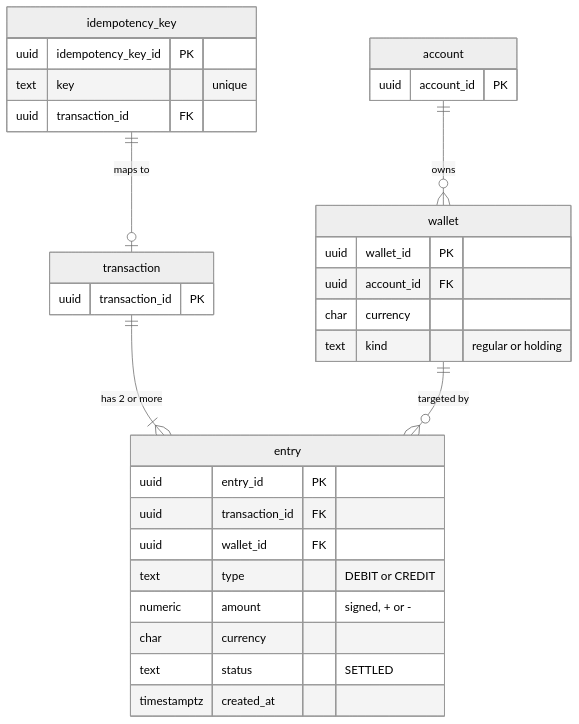
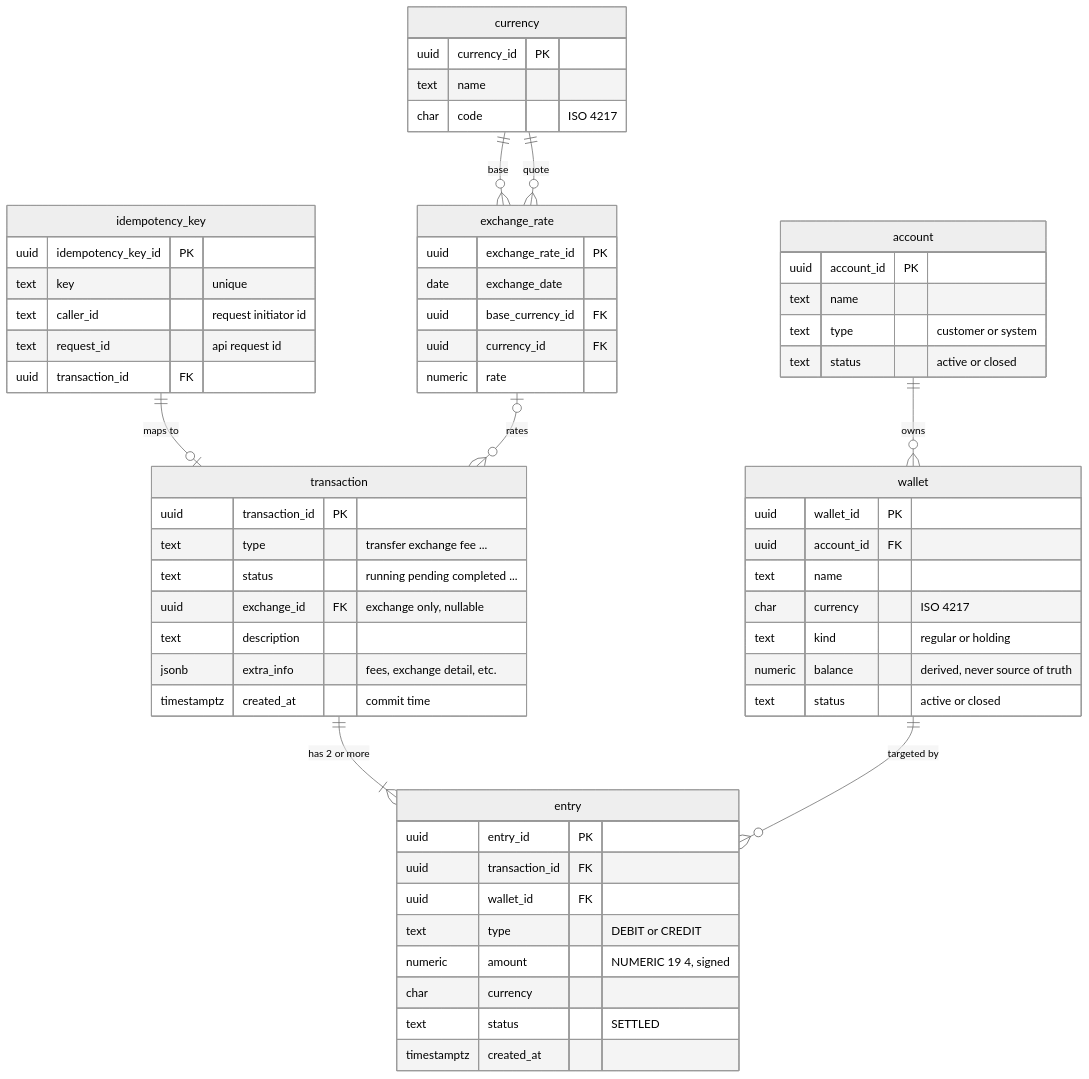
One commit to buiductri/vietpay_assessment changed the diagram in docs/ERD.md. Above: the diagram before and after it, drawn with Mermaid (neutral theme). The commit also changed other lines of this file and 2 other files, not shown here.

Commit message:
ERD - Expand for business mapping

````diff
--- a/docs/ERD.md
+++ b/docs/ERD.md
@@ -20,35 +27,64 @@
 ```mermaid
 erDiagram
-  account          ||--o{ wallet      : "owns"
-  transaction      ||--|{ entry       : "has 2 or more"
-  wallet           ||--o{ entry       : "targeted by"
-  idempotency_key  ||--o| transaction : "maps to"
+  account          ||--o{ wallet        : "owns"
+  transaction      ||--|{ entry         : "has 2 or more"
+  wallet           ||--o{ entry         : "targeted by"
+  idempotency_key  ||--o| transaction   : "maps to"
+  exchange_rate    |o--o{ transaction   : "rates"
+  currency         ||--o{ exchange_rate : "base"
+  currency         ||--o{ exchange_rate : "quote"
 
   account {
-    uuid account_id PK
+    uuid        account_id  PK
+    text        name
+    text        type        "customer or system"
+    text        status      "active or closed"
   }
   wallet {
-    uuid wallet_id   PK
-    uuid account_id  FK
-    char currency
-    text kind "regular or holding"
+    uuid        wallet_id   PK
+    uuid        account_id  FK
+    text        name
+    char        currency    "ISO 4217"
+    text        kind        "regular or holding"
+    numeric     balance     "derived, never source of truth"
+    text        status      "active or closed"
   }
   transaction {
-    uuid transaction_id PK
+    uuid        transaction_id PK
+    text        type           "transfer exchange fee ..."
+    text        status         "running pending completed ..."
+    uuid        exchange_id    FK "exchange only, nullable"
+    text        description
+    jsonb       extra_info     "fees, exchange detail, etc."
+    timestamptz created_at      "commit time"
   }
   entry {
     uuid        entry_id        PK
     uuid        transaction_id  FK
     uuid        wallet_id       FK
     text        type            "DEBIT or CREDIT"
-    numeric     amount          "signed, + or -"
+    numeric     amount          "NUMERIC 19 4, signed"
     char        currency
     text        status          "SETTLED"
     timestamptz created_at
   }
   idempotency_key {
-    uuid idempotency_key_id PK
-    text key                "unique"
-    uuid transaction_id     FK
+    uuid        idempotency_key_id PK
+    text        key                "unique"
+    text        caller_id          "request initiator id"
+    text        request_id         "api request id"
+    uuid        transaction_id     FK
+  }
+  exchange_rate {
+    uuid        exchange_rate_id  PK
+    date        exchange_date
+    uuid        base_currency_id  FK
+    uuid        currency_id       FK
+    numeric     rate
+  }
+  currency {
+    uuid currency_id PK
+    text name
+    char code        "ISO 4217"
   }
 ```
````
